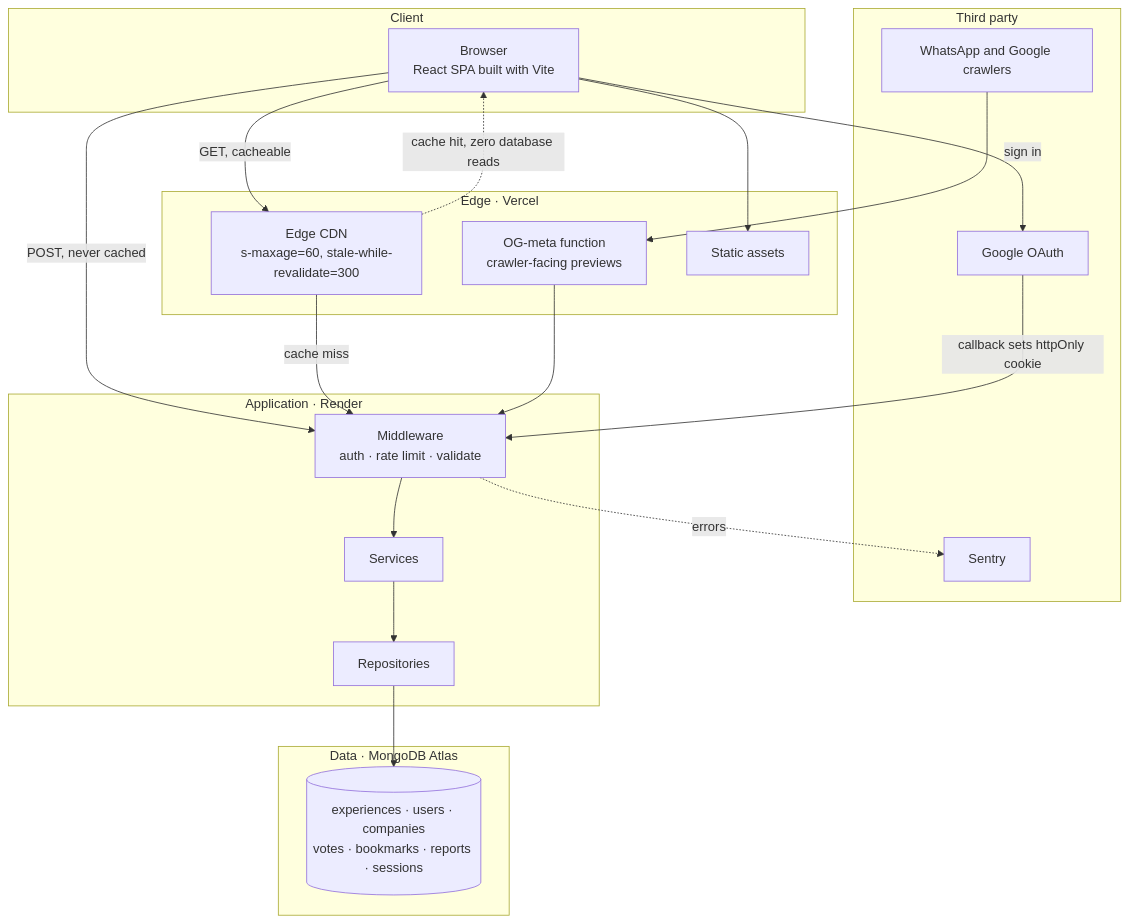
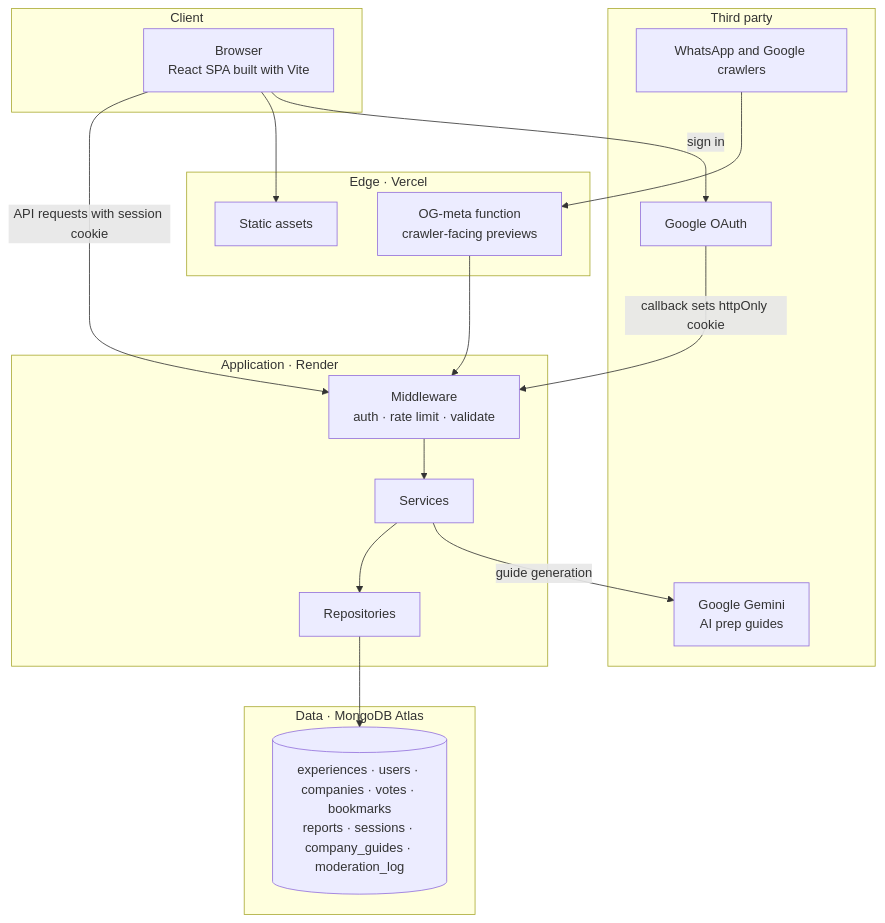
Before and after one commit to RAVIYADAV6522/PrepLens: the seventh of 7 diagrams in README.md, drawn with Mermaid. The commit also changed other lines of this file and 3 other files, not shown here.

First line of the commit message:
Update the README, API guide and deploy guide to match the project

````diff
--- a/README.md
+++ b/README.md
@@ -457,42 +479,38 @@
 ```mermaid
 flowchart TB
     subgraph ext["Third party"]
         crawl["WhatsApp and Google crawlers"]
         GOOG["Google OAuth"]
-        SEN["Sentry"]
+        GEM["Google Gemini<br/>AI prep guides"]
     end
 
     subgraph client["Client"]
         B["Browser<br/>React SPA built with Vite"]
     end
 
     subgraph edge["Edge · Vercel"]
-        CDN["Edge CDN<br/>s-maxage=60, stale-while-revalidate=300"]
         OG["OG-meta function<br/>crawler-facing previews"]
         ST["Static assets"]
     end
 
     subgraph server["Application · Render"]
         MW["Middleware<br/>auth · rate limit · validate"]
         SVC["Services"]
         REPO["Repositories"]
     end
 
     subgraph data["Data · MongoDB Atlas"]
-        DB[("experiences · users · companies<br/>votes · bookmarks · reports · sessions")]
+        DB[("experiences · users · companies · votes · bookmarks<br/>reports · sessions · company_guides · moderation_log")]
     end
 
-    B -->|"GET, cacheable"| CDN
-    B -->|"POST, never cached"| MW
+    B -->|"API requests with session cookie"| MW
     B --> ST
-    CDN -->|"cache miss"| MW
-    CDN -.->|"cache hit, zero database reads"| B
     crawl --> OG
     OG --> MW
     MW --> SVC
     SVC --> REPO
     REPO --> DB
     B -->|"sign in"| GOOG
     GOOG -->|"callback sets httpOnly cookie"| MW
-    MW -.->|"errors"| SEN
+    SVC -->|"guide generation"| GEM
 ```
````
